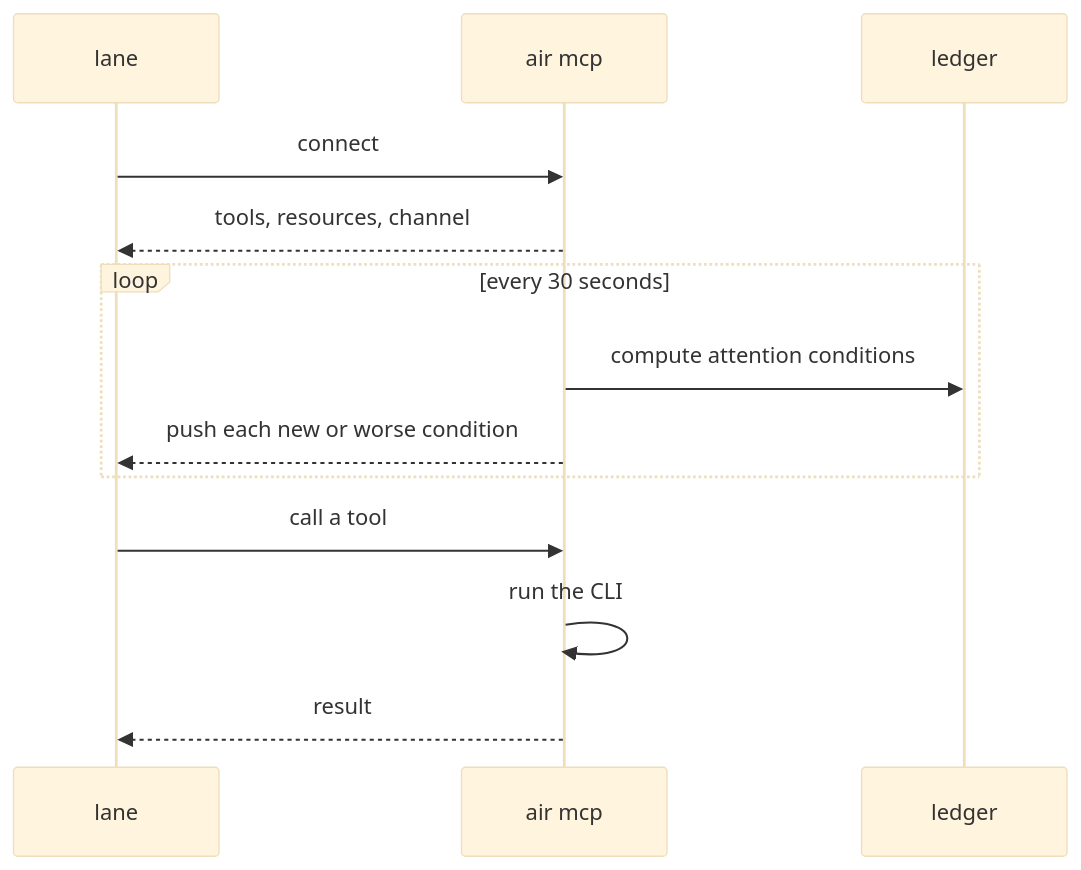
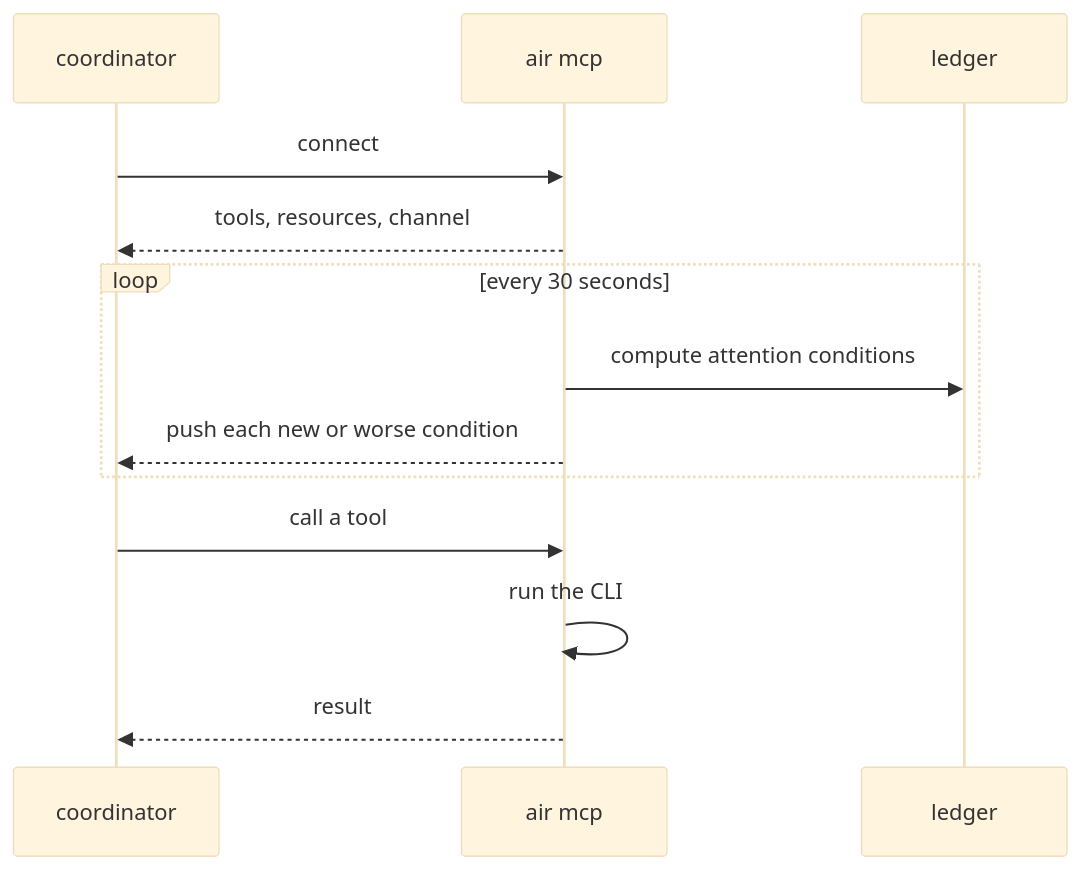
One commit to AJTJ/airunner changed the seventh of 8 diagrams in docs/design.md. Above: the diagram before and after it, drawn with Mermaid (base theme). The commit also changed other lines of this file and 3 other files, not shown here.

````diff
--- a/docs/design.md
+++ b/docs/design.md
@@ -438,15 +446,15 @@
 ```mermaid
 sequenceDiagram
-  participant C as lane
+  participant C as coordinator
   participant M as air mcp
   participant L as ledger
   C->>M: connect
   M-->>C: tools, resources, channel
   loop every 30 seconds
     M->>L: compute attention conditions
     M-->>C: push each new or worse condition
   end
   C->>M: call a tool
   M->>M: run the CLI
   M-->>C: result
 ```
````
